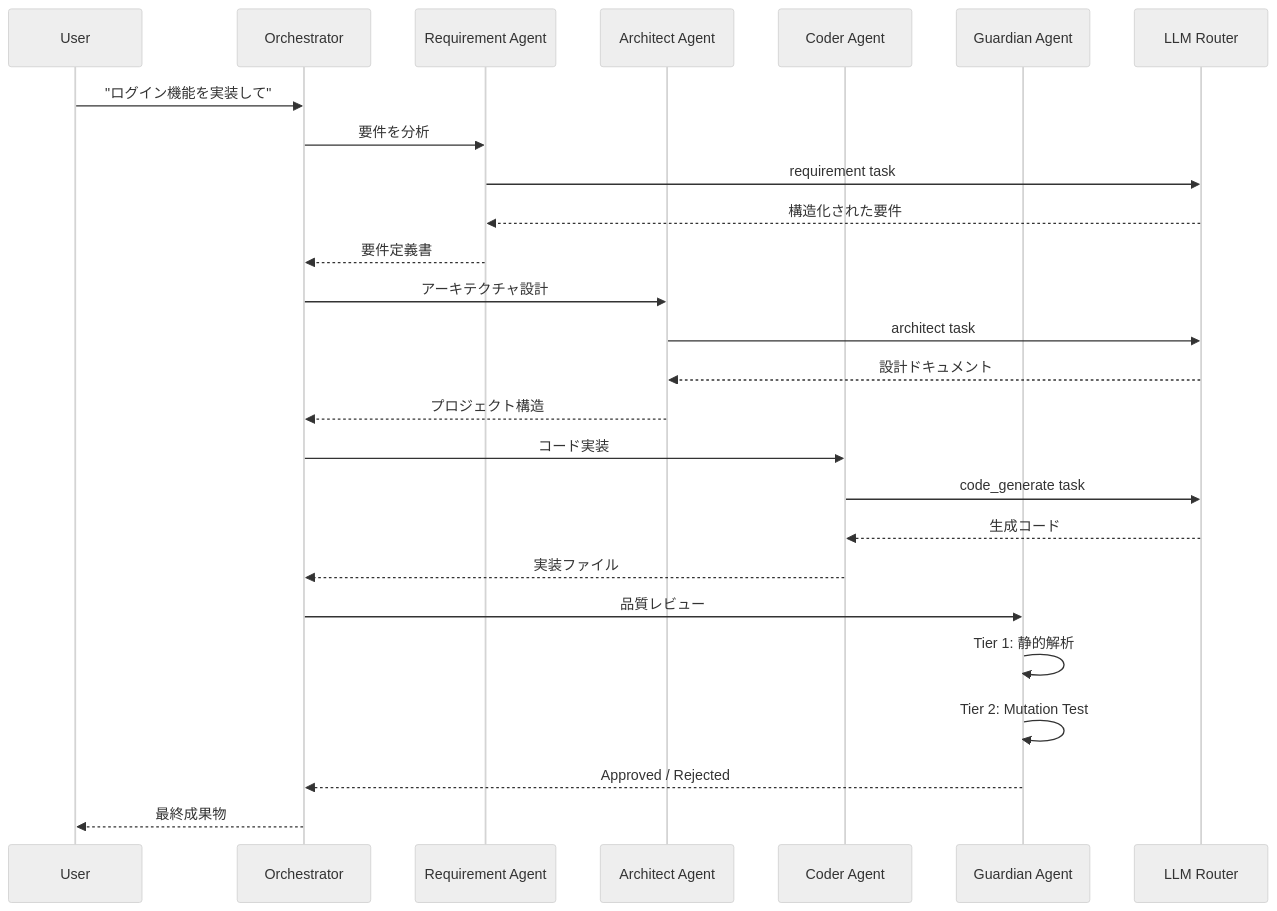
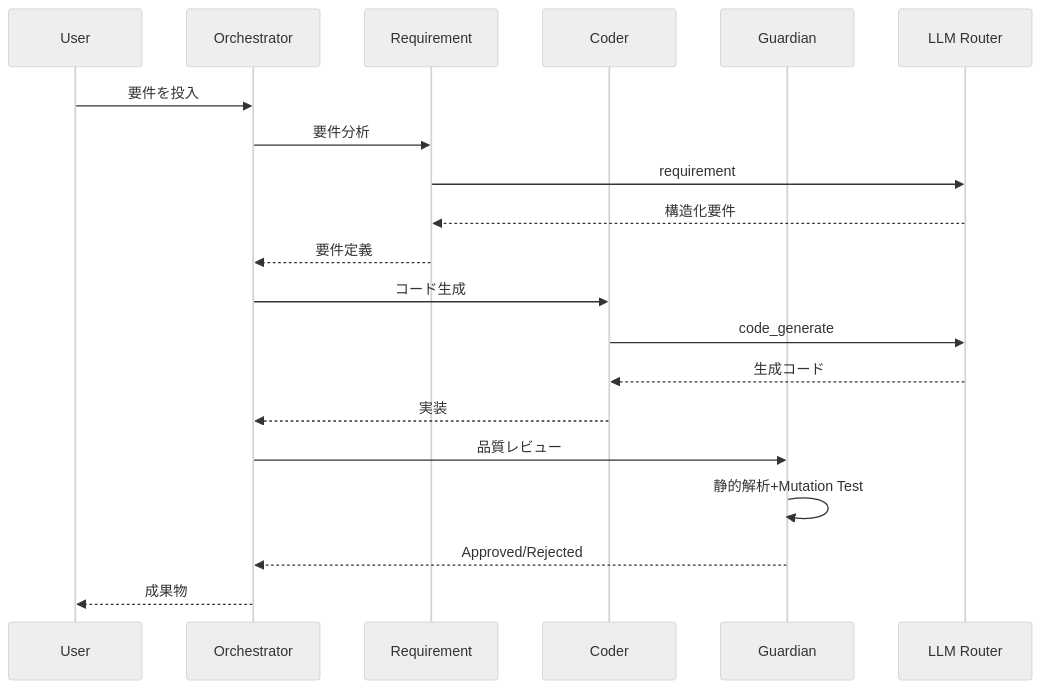
One commit to fukukei23/zenn changed the second of 5 diagrams in articles/nexuscore-multi-agent-architecture.md. Above: the diagram before and after it, drawn with Mermaid (neutral theme). The commit also changed other lines of this file, not shown here.

Commit message:
fix: simplify all 5 mermaid diagrams for readability - reduce node count

````diff
--- a/articles/nexuscore-multi-agent-architecture.md
+++ b/articles/nexuscore-multi-agent-architecture.md
@@ -134,33 +57,26 @@
 ```mermaid
 sequenceDiagram
     participant User
-    participant Orchestrator
-    participant Requirement as Requirement Agent
-    participant Architect as Architect Agent
-    participant Coder as Coder Agent
-    participant Guardian as Guardian Agent
+    participant Orc as Orchestrator
+    participant Req as Requirement
+    participant Cod as Coder
+    participant Guard as Guardian
     participant LLM as LLM Router
 
-    User->>Orchestrator: "ログイン機能を実装して"
-    Orchestrator->>Requirement: 要件を分析
-    Requirement->>LLM: requirement task
-    LLM-->>Requirement: 構造化された要件
-    Requirement-->>Orchestrator: 要件定義書
+    User->>Orc: 要件を投入
+    Orc->>Req: 要件分析
+    Req->>LLM: requirement
+    LLM-->>Req: 構造化要件
+    Req-->>Orc: 要件定義
 
-    Orchestrator->>Architect: アーキテクチャ設計
-    Architect->>LLM: architect task
-    LLM-->>Architect: 設計ドキュメント
-    Architect-->>Orchestrator: プロジェクト構造
+    Orc->>Cod: コード生成
+    Cod->>LLM: code_generate
+    LLM-->>Cod: 生成コード
+    Cod-->>Orc: 実装
 
-    Orchestrator->>Coder: コード実装
-    Coder->>LLM: code_generate task
-    LLM-->>Coder: 生成コード
-    Coder-->>Orchestrator: 実装ファイル
+    Orc->>Guard: 品質レビュー
+    Guard->>Guard: 静的解析+Mutation Test
+    Guard-->>Orc: Approved/Rejected
 
-    Orchestrator->>Guardian: 品質レビュー
-    Guardian->>Guardian: Tier 1: 静的解析
-    Guardian->>Guardian: Tier 2: Mutation Test
-    Guardian-->>Orchestrator: Approved / Rejected
-
-    Orchestrator-->>User: 最終成果物
+    Orc-->>User: 成果物
 ```
````
